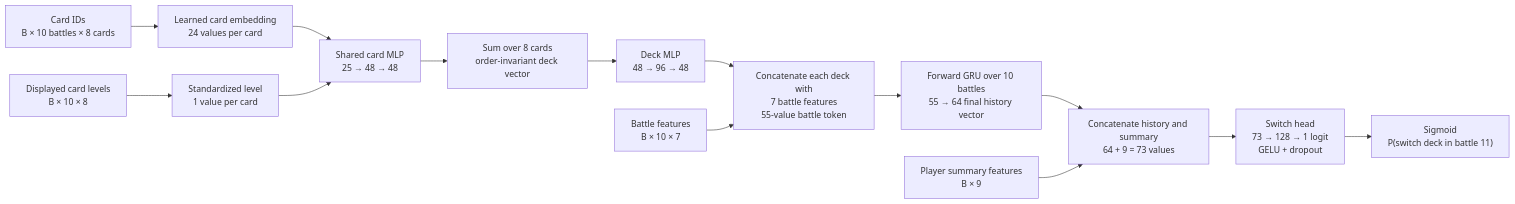
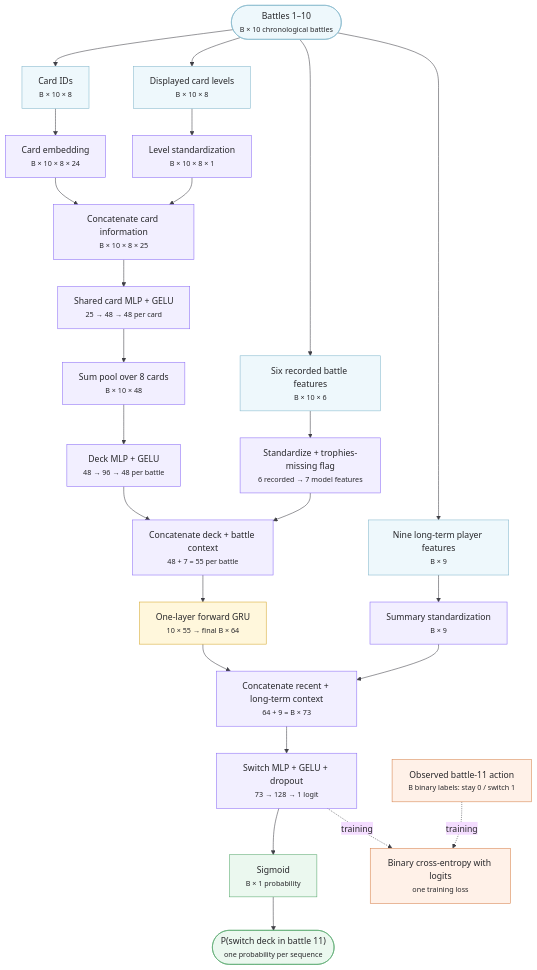
The first of 3 diagrams in ARCHITECTURE.md (jfbami/clash2), drawn with Mermaid before and after one commit. The commit also changed other lines of this file and 3 other files, not shown here.

Commit message:
Refine Mermaid architecture diagrams

````diff
--- a/ARCHITECTURE.md
+++ b/ARCHITECTURE.md
@@ -19,28 +11,67 @@
 ```mermaid
-flowchart LR
-    cards["Card IDs<br/>B × 10 battles × 8 cards"]
-    levels["Displayed card levels<br/>B × 10 × 8"]
-    battle["Battle features<br/>B × 10 × 7"]
-    summary["Player summary features<br/>B × 9"]
+%%{init: {"theme":"base","flowchart":{"htmlLabels":true,"curve":"basis"},"themeVariables":{"fontFamily":"monospace","lineColor":"#3f3f46","primaryTextColor":"#27272a"}}}%%
+flowchart TB
+    history(["Battles 1–10<br/><small>B × 10 chronological battles</small>"])
 
-    embed["Learned card embedding<br/>24 values per card"]
-    levelstd["Standardized level<br/>1 value per card"]
-    cardmlp["Shared card MLP<br/>25 → 48 → 48"]
-    sumpool["Sum over 8 cards<br/>order-invariant deck vector"]
-    deckmlp["Deck MLP<br/>48 → 96 → 48"]
-    token["Concatenate each deck with<br/>7 battle features<br/>55-value battle token"]
-    gru["Forward GRU over 10 battles<br/>55 → 64 final history vector"]
-    fuse["Concatenate history and summary<br/>64 + 9 = 73 values"]
-    head["Switch head<br/>73 → 128 → 1 logit<br/>GELU + dropout"]
-    probability["Sigmoid<br/>P(switch deck in battle 11)"]
+    cards["Card IDs<br/><small>B × 10 × 8</small>"]
+    levels["Displayed card levels<br/><small>B × 10 × 8</small>"]
+    battleRaw["Six recorded battle features<br/><small>B × 10 × 6</small>"]
+    summaryRaw["Nine long-term player features<br/><small>B × 9</small>"]
+
+    embed["Card embedding<br/><small>B × 10 × 8 × 24</small>"]
+    levelStd["Level standardization<br/><small>B × 10 × 8 × 1</small>"]
+    cardJoin["Concatenate card information<br/><small>B × 10 × 8 × 25</small>"]
+    cardMLP["Shared card MLP + GELU<br/><small>25 → 48 → 48 per card</small>"]
+    sumPool["Sum pool over 8 cards<br/><small>B × 10 × 48</small>"]
+    deckMLP["Deck MLP + GELU<br/><small>48 → 96 → 48 per battle</small>"]
+
+    battlePrep["Standardize + trophies-missing flag<br/><small>6 recorded → 7 model features</small>"]
+    battleJoin["Concatenate deck + battle context<br/><small>48 + 7 = 55 per battle</small>"]
+    gru["One-layer forward GRU<br/><small>10 × 55 → final B × 64</small>"]
+
+    summaryPrep["Summary standardization<br/><small>B × 9</small>"]
+    contextJoin["Concatenate recent + long-term context<br/><small>64 + 9 = B × 73</small>"]
+    switchHead["Switch MLP + GELU + dropout<br/><small>73 → 128 → 1 logit</small>"]
+    sigmoid["Sigmoid<br/><small>B × 1 probability</small>"]
+    prediction(["P(switch deck in battle 11)<br/><small>one probability per sequence</small>"])
+
+    target["Observed battle-11 action<br/><small>B binary labels: stay 0 / switch 1</small>"]
+    loss["Binary cross-entropy with logits<br/><small>one training loss</small>"]
+
+    history --> cards
+    history --> levels
+    history --> battleRaw
+    history --> summaryRaw
 
     cards --> embed
-    levels --> levelstd
-    embed --> cardmlp
-    levelstd --> cardmlp
-    cardmlp --> sumpool --> deckmlp --> token
-    battle --> token
-    token --> gru --> fuse
-    summary --> fuse
-    fuse --> head --> probability
+    levels --> levelStd
+    embed --> cardJoin
+    levelStd --> cardJoin
+    cardJoin --> cardMLP --> sumPool --> deckMLP
+
+    battleRaw --> battlePrep
+    deckMLP --> battleJoin
+    battlePrep --> battleJoin
+    battleJoin --> gru
+
+    summaryRaw --> summaryPrep
+    gru --> contextJoin
+    summaryPrep --> contextJoin
+    contextJoin --> switchHead
+    switchHead --> sigmoid --> prediction
+
+    switchHead -. training .-> loss
+    target -. training .-> loss
+
+    classDef source fill:#eef8fc,stroke:#83b7cc,color:#27272a,stroke-width:1px;
+    classDef operation fill:#f2efff,stroke:#8b6cf6,color:#27272a,stroke-width:1px;
+    classDef sequence fill:#fff7dc,stroke:#d5a72e,color:#27272a,stroke-width:1px;
+    classDef output fill:#ebf8ef,stroke:#56a86c,color:#27272a,stroke-width:1px;
+    classDef training fill:#fff1e8,stroke:#d6814b,color:#27272a,stroke-width:1px;
+
+    class history,cards,levels,battleRaw,summaryRaw source;
+    class embed,levelStd,cardJoin,cardMLP,sumPool,deckMLP,battlePrep,battleJoin,summaryPrep,contextJoin,switchHead operation;
+    class gru sequence;
+    class sigmoid,prediction output;
+    class target,loss training;
 ```
````
